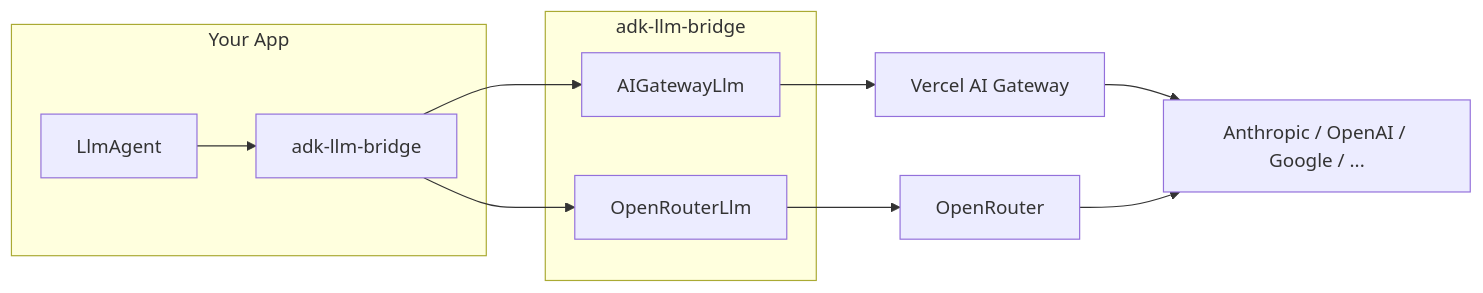
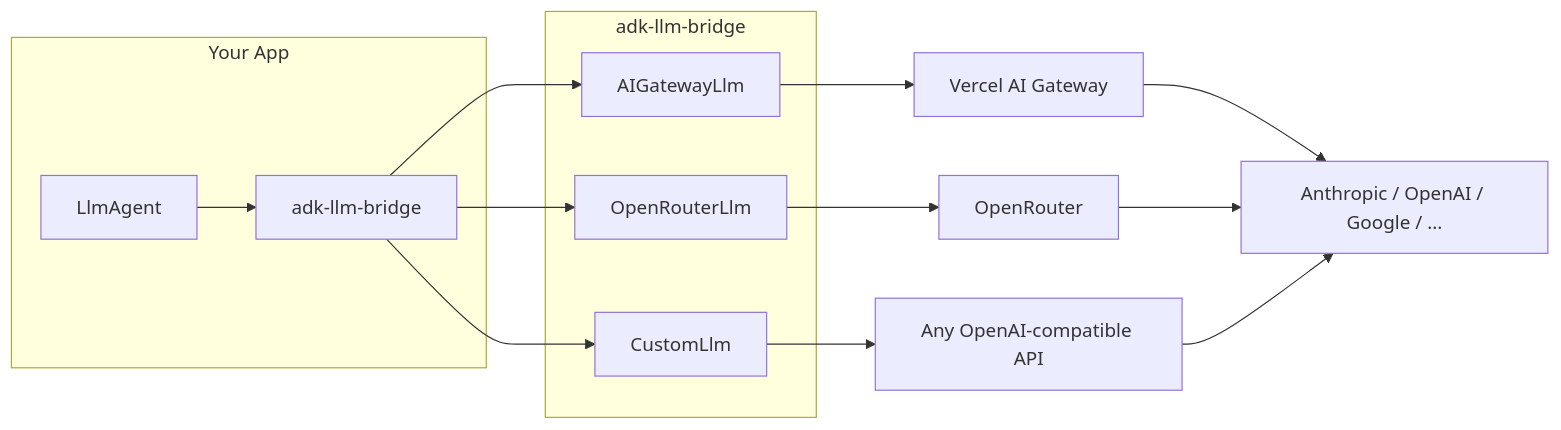
One commit to pailat/adk-llm-bridge changed the diagram in README.md. Above: the diagram before and after it, drawn with Mermaid. The commit also changed other lines of this file and 8 other files, not shown here.

First line of the commit message:
refactor: rename OpenAICompatibleProvider to CustomLlm (#59)

````diff
--- a/README.md
+++ b/README.md
@@ -28,17 +29,20 @@
 ```mermaid
 flowchart LR
     subgraph Your App
         A[LlmAgent] --> B[adk-llm-bridge]
     end
     
     subgraph adk-llm-bridge
         B --> C[AIGatewayLlm]
         B --> D[OpenRouterLlm]
+        B --> E[CustomLlm]
     end
     
-    C --> E[Vercel AI Gateway]
-    D --> F[OpenRouter]
+    C --> F[Vercel AI Gateway]
+    D --> G[OpenRouter]
+    E --> H[Any OpenAI-compatible API]
     
-    E --> G[Anthropic / OpenAI / Google / ...]
-    F --> G
+    F --> I[Anthropic / OpenAI / Google / ...]
+    G --> I
+    H --> I
 ```
````
